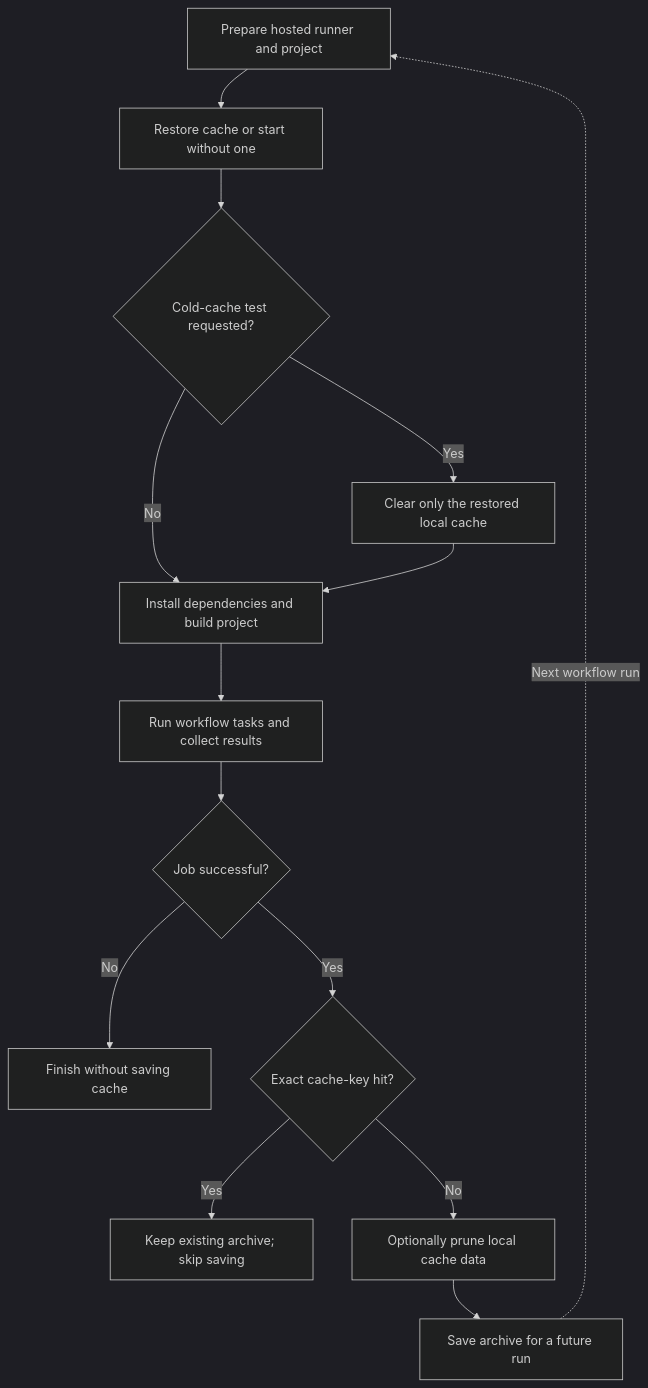
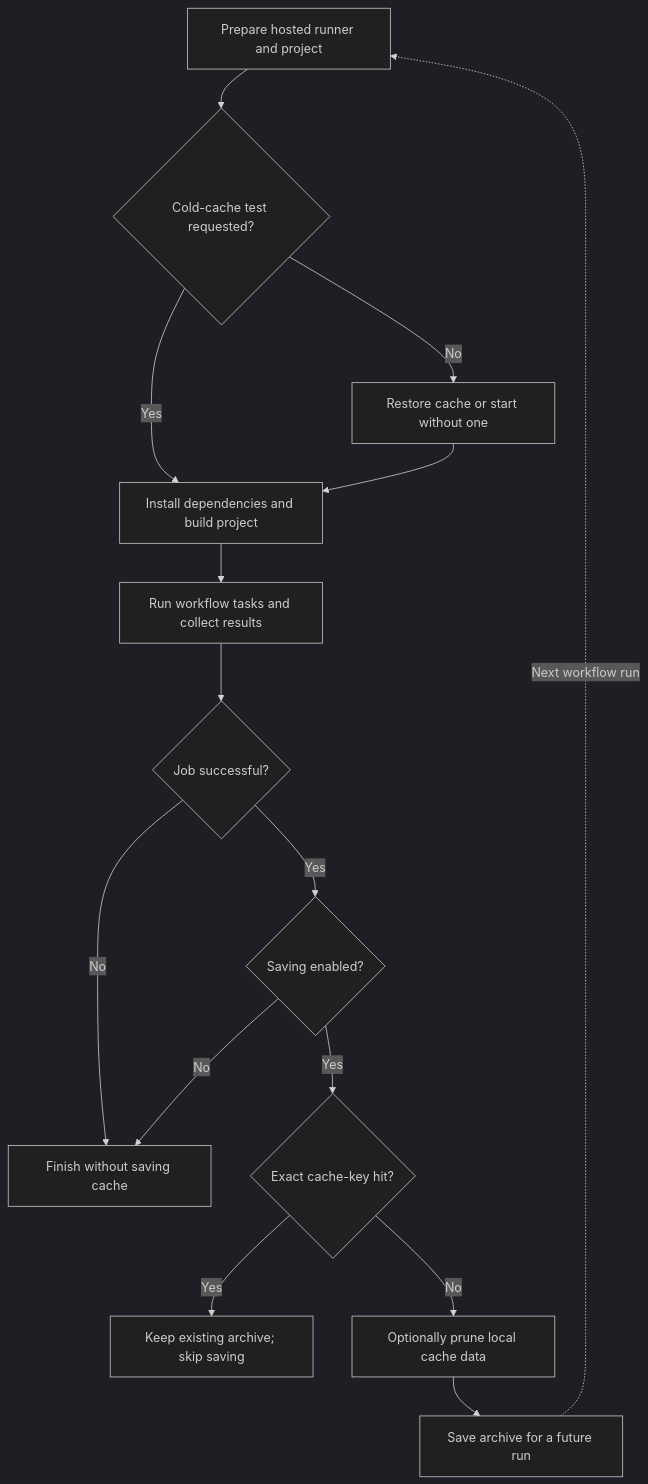
The first of 2 diagrams in docs/chapter-03/section-04.md (ValentinTwin1206/modern-python-devops-egineering), drawn with Mermaid (dark theme) before and after one commit. The commit also changed other lines of this file and 2 other files, not shown here.

````diff
--- a/docs/chapter-03/section-04.md
+++ b/docs/chapter-03/section-04.md
@@ -29,16 +29,17 @@
 ```mermaid
 flowchart TD
-    setup["Prepare hosted runner and project"] --> restore["Restore cache or start without one"]
-    restore --> cold{"Cold-cache test requested?"}
-    cold -->|Yes| clear["Clear only the restored local cache"]
-    cold -->|No| install["Install dependencies and build project"]
-    clear --> install
+    setup["Prepare hosted runner and project"] --> cold{"Cold-cache test requested?"}
+    cold -->|Yes| install["Install dependencies and build project"]
+    cold -->|No| restore["Restore cache or start without one"]
+    restore --> install
     install --> run["Run workflow tasks and collect results"]
     run --> success{"Job successful?"}
     success -->|No| done["Finish without saving cache"]
-    success -->|Yes| hit{"Exact cache-key hit?"}
+    success -->|Yes| saveenabled{"Saving enabled?"}
+    saveenabled -->|No| done
+    saveenabled -->|Yes| hit{"Exact cache-key hit?"}
     hit -->|Yes| skip["Keep existing archive; skip saving"]
     hit -->|No| prune["Optionally prune local cache data"]
     prune --> save["Save archive for a future run"]
     save -. "Next workflow run" .-> setup
 ```
````
